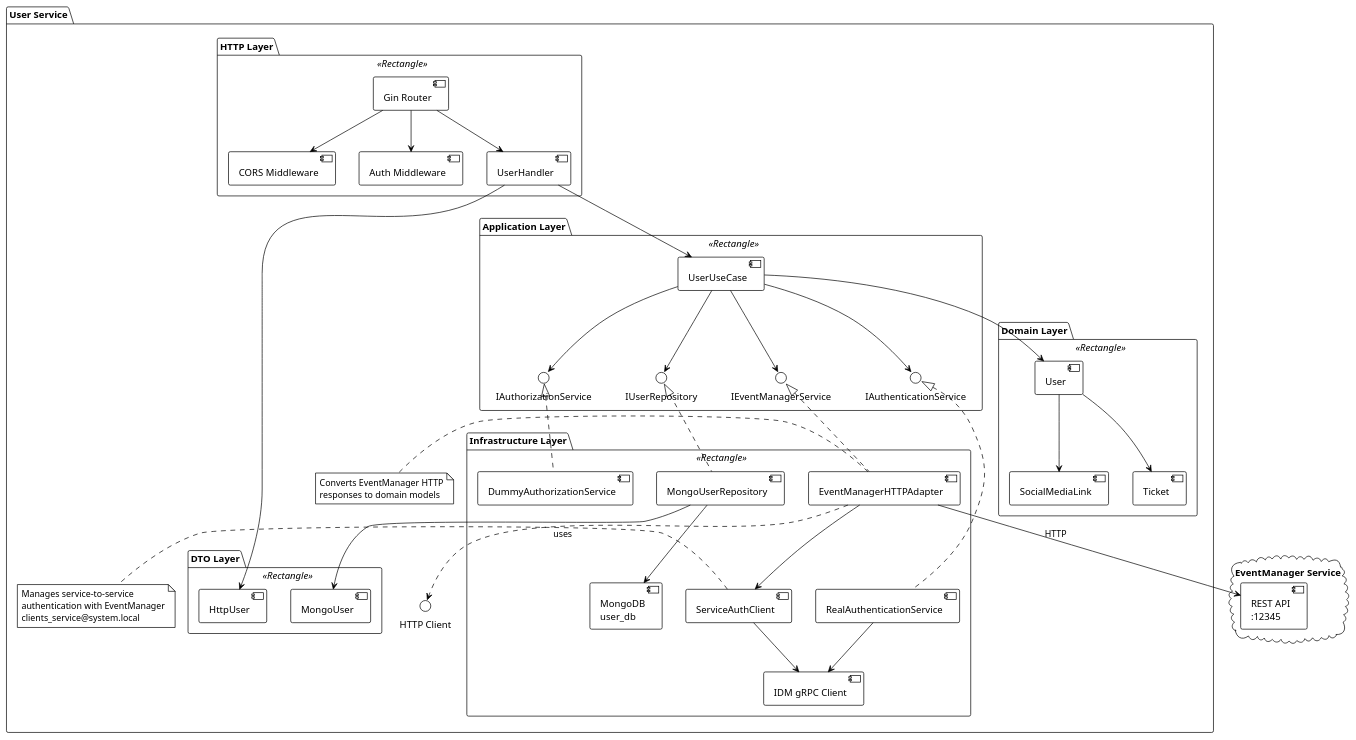
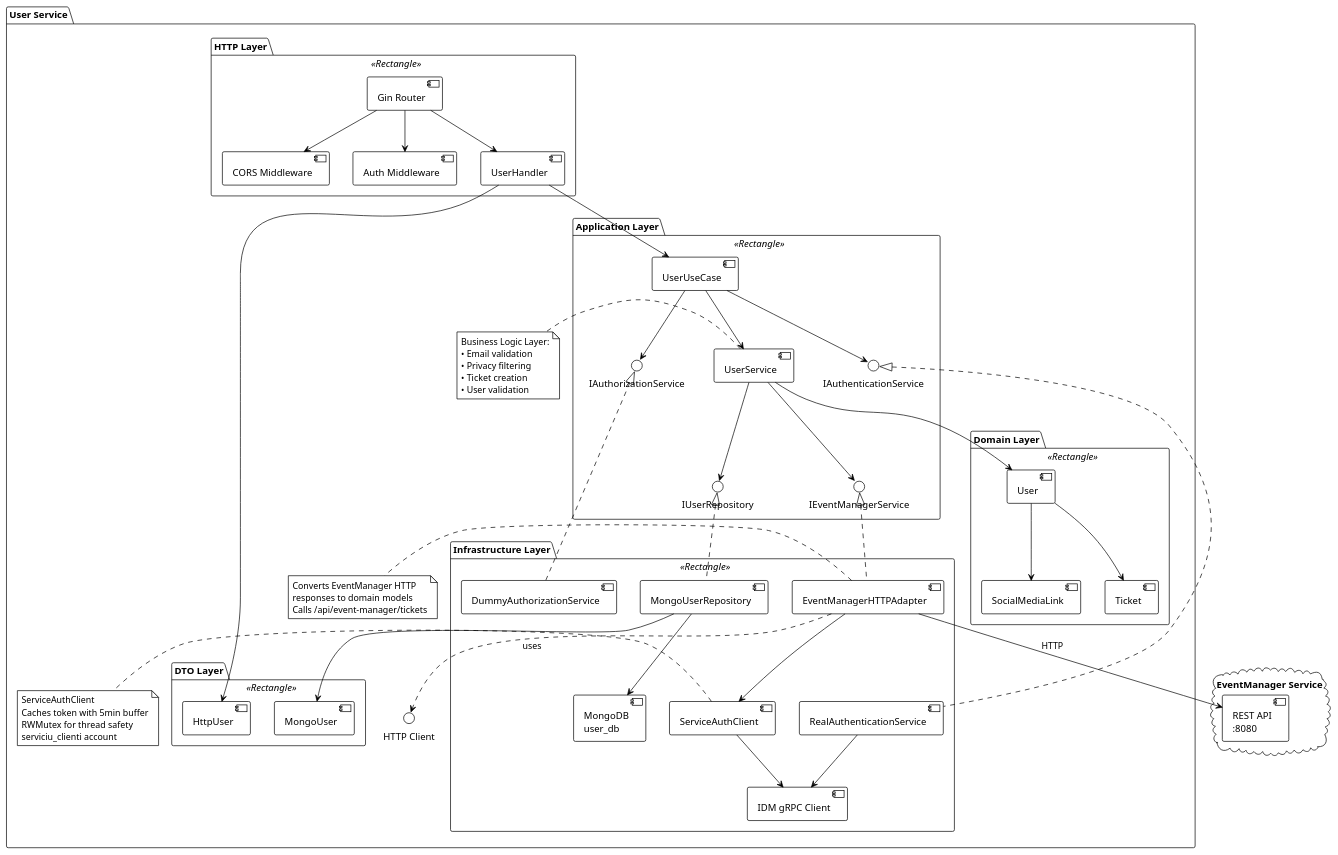
Before and after one commit to alexandru-vezeteu/demo-go-webservices: the diagram in diagrams/06-user-service-components.puml, drawn with PlantUML. The commit also changed 44 other files, not shown here.

```diff
--- a/diagrams/06-user-service-components.puml
+++ b/diagrams/06-user-service-components.puml
@@ -1,91 +1,103 @@
 @startuml user_service_components
 !theme plain
 
 package "User Service" {
 
     package "HTTP Layer" <<Rectangle>> {
         component [Gin Router] as Router
         component [CORS Middleware] as CORS
         component [Auth Middleware] as AuthMiddleware
         component [UserHandler] as UserH
     }
 
     package "Application Layer" <<Rectangle>> {
         component [UserUseCase] as UserUC
+        component [UserService] as UserService
 
         interface IUserRepository as IUserRepo
         interface IEventManagerService as IEventMgr
         interface IAuthenticationService as IAuth
         interface IAuthorizationService as IAuthz
     }
 
     package "Domain Layer" <<Rectangle>> {
         component [User] as User
         component [Ticket] as Ticket
         component [SocialMediaLink] as SocialMedia
     }
 
     package "Infrastructure Layer" <<Rectangle>> {
         component [MongoUserRepository] as UserRepo
         component [EventManagerHTTPAdapter] as EventMgrAdapter
         component [ServiceAuthClient] as ServiceAuth
         component [RealAuthenticationService] as RealAuth
         component [DummyAuthorizationService] as DummyAuthz
         component [IDM gRPC Client] as IDMClient
         database [MongoDB\nuser_db] as MongoDB
     }
 
     package "DTO Layer" <<Rectangle>> {
         component [HttpUser] as HttpUser
         component [MongoUser] as MongoUser
     }
 
     Router --> CORS
     Router --> AuthMiddleware
     Router --> UserH
 
     UserH --> UserUC
     UserH --> HttpUser
 
-    UserUC --> IUserRepo
-    UserUC --> IEventMgr
+    UserUC --> UserService
     UserUC --> IAuth
     UserUC --> IAuthz
 
-    UserUC --> User
+    UserService --> IUserRepo
+    UserService --> IEventMgr
+    UserService --> User
     User --> Ticket
     User --> SocialMedia
 
     IUserRepo <|.. UserRepo
     IEventMgr <|.. EventMgrAdapter
     IAuth <|.. RealAuth
     IAuthz <|.. DummyAuthz
 
     UserRepo --> MongoDB
     UserRepo --> MongoUser
 
     EventMgrAdapter --> ServiceAuth
     EventMgrAdapter ..> "HTTP Client" : uses
 
     RealAuth --> IDMClient
     ServiceAuth --> IDMClient
 
     note right of ServiceAuth
-        Manages service-to-service
-        authentication with EventManager
-        clients_service@system.local
+        ServiceAuthClient
+        Caches token with 5min buffer
+        RWMutex for thread safety
+        serviciu_clienti account
     end note
 
     note right of EventMgrAdapter
         Converts EventManager HTTP
         responses to domain models
+        Calls /api/event-manager/tickets
+    end note
+
+    note right of UserService
+        Business Logic Layer:
+        • Email validation
+        • Privacy filtering
+        • Ticket creation
+        • User validation
     end note
 }
 
 cloud "EventManager Service" as EventMgr {
-    component [REST API\n:12345] as EventAPI
+    component [REST API\n:8080] as EventAPI
 }
 
 EventMgrAdapter --> EventAPI : HTTP
 
 @enduml
```
